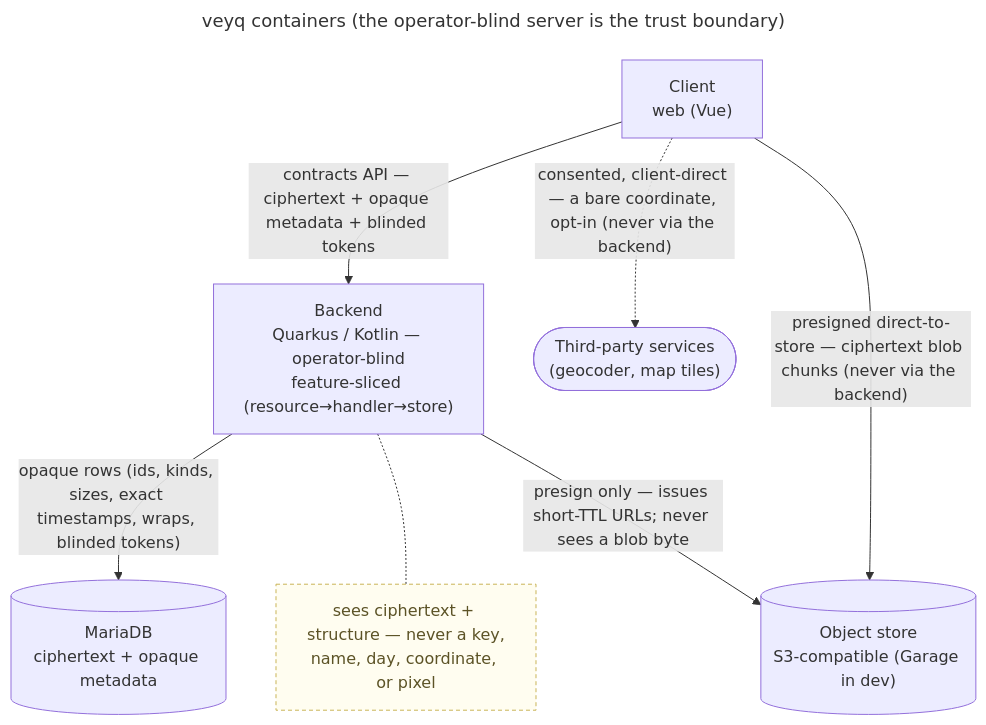
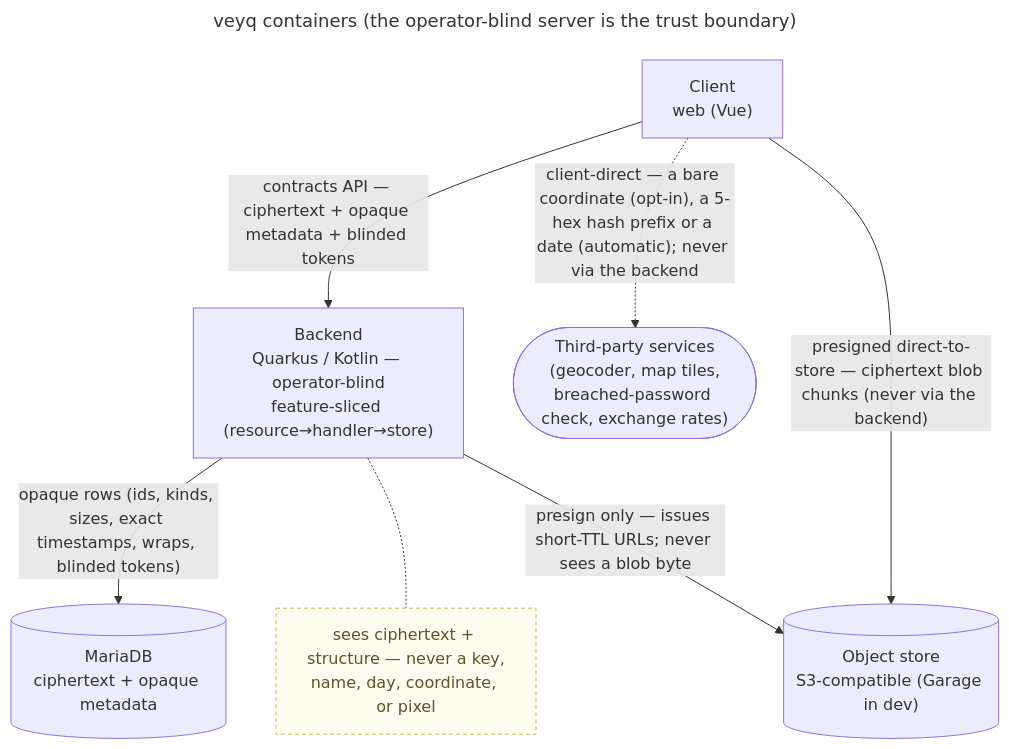
The first of 3 diagrams in docs/architecture/README.md (raddatzk/veyq), drawn with Mermaid before and after one commit. The commit also changed other lines of this file and 32 other files, not shown here.

First line of the commit message:
docs: close cr-expenses-exchange-rates — the ECB's rates fetched by the device, every doc names the second automatic request, the CR deleted

````diff
--- a/docs/architecture/README.md
+++ b/docs/architecture/README.md
@@ -63,22 +63,22 @@
 ```mermaid
 ---
 title: veyq containers (the operator-blind server is the trust boundary)
 ---
 flowchart TB
   C["Client<br>web (Vue)"]
   B["Backend<br>Quarkus / Kotlin — operator-blind<br>feature-sliced (resource→handler→store)"]
   NB["sees ciphertext + structure — never a key,<br>name, day, coordinate, or pixel"]
   DB[("MariaDB<br>ciphertext + opaque metadata")]
   S[("Object store<br>S3-compatible (Garage in dev)")]
-  T(["Third-party services<br>(geocoder, map tiles)"])
+  T(["Third-party services<br>(geocoder, map tiles,<br>breached-password check, exchange rates)"])
 
   C -->|"contracts API — ciphertext + opaque metadata + blinded tokens"| B
   C -->|"presigned direct-to-store — ciphertext blob chunks (never via the backend)"| S
-  C -.->|"consented, client-direct — a bare coordinate, opt-in (never via the backend)"| T
+  C -.->|"client-direct — a bare coordinate (opt-in), a 5-hex hash prefix or a date (automatic); never via the backend"| T
   B -->|"opaque rows (ids, kinds, sizes, exact timestamps, wraps, blinded tokens)"| DB
   B -->|"presign only — issues short-TTL URLs; never sees a blob byte"| S
   B -.- NB
 
   classDef note fill:#fffdf0,stroke:#c9b458,stroke-dasharray:4 3,color:#5c5326
   class NB note
 ```
````
